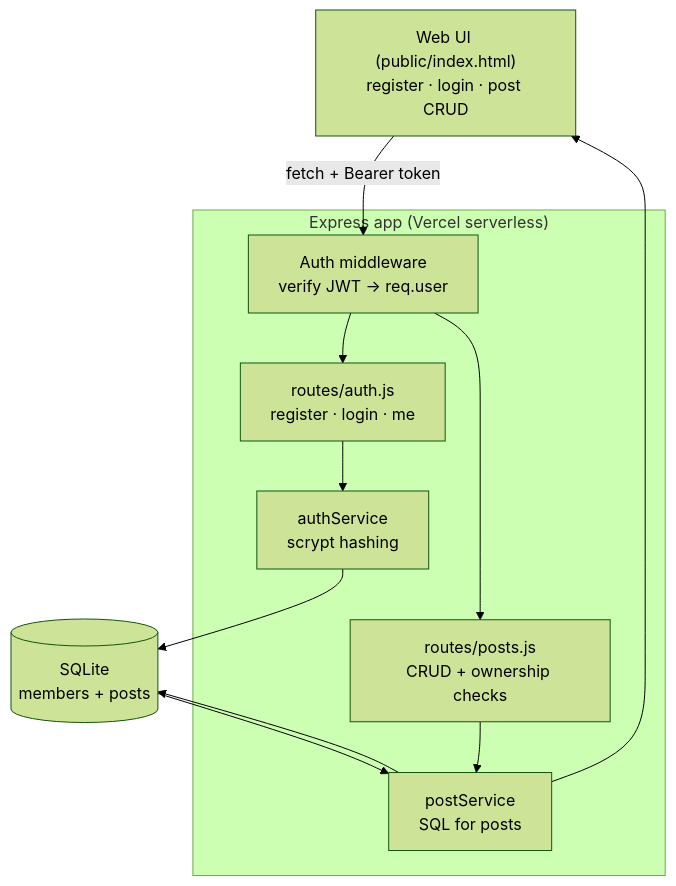
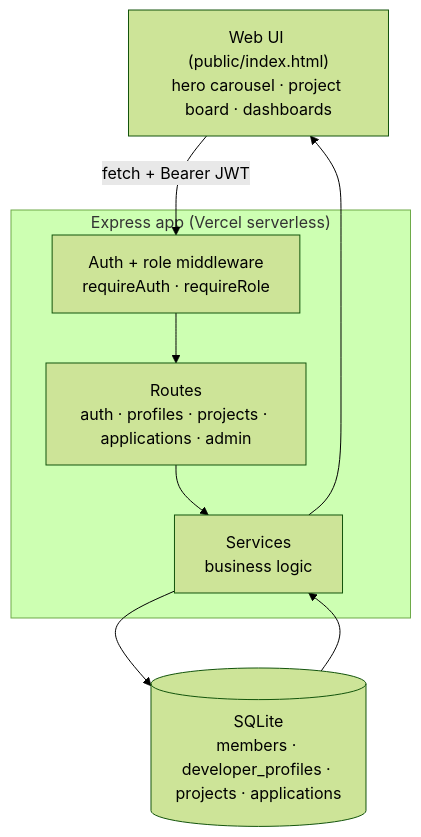
The diagram in README.md (NamishM123/codebox-day1), drawn with Mermaid (forest theme) before and after one commit. The commit also changed other lines of this file and 17 other files, not shown here.

First line of the commit message:
Rebuild as CodeBox Match: role-based project matching platform

````diff
--- a/README.md
+++ b/README.md
@@ -18,17 +30,13 @@
 ```mermaid
 flowchart TD
-    UI["Web UI (public/index.html)<br/>register · login · post CRUD"]
+    UI["Web UI (public/index.html)<br/>hero carousel · project board · dashboards"]
     subgraph App["Express app (Vercel serverless)"]
-        MW["Auth middleware<br/>verify JWT → req.user"]
-        Auth["routes/auth.js<br/>register · login · me"]
-        Posts["routes/posts.js<br/>CRUD + ownership checks"]
-        ASvc["authService<br/>scrypt hashing"]
-        PSvc["postService<br/>SQL for posts"]
+        MW["Auth + role middleware<br/>requireAuth · requireRole"]
+        R["Routes<br/>auth · profiles · projects · applications · admin"]
+        S["Services<br/>business logic"]
     end
-    DB[("SQLite<br/>members + posts")]
+    DB[("SQLite<br/>members · developer_profiles · projects · applications")]
 
-    UI -->|"fetch + Bearer token"| MW
-    MW --> Auth --> ASvc --> DB
-    MW --> Posts --> PSvc --> DB
-    DB --> PSvc --> UI
+    UI -->|"fetch + Bearer JWT"| MW --> R --> S --> DB
+    DB --> S --> UI
 ```
````
